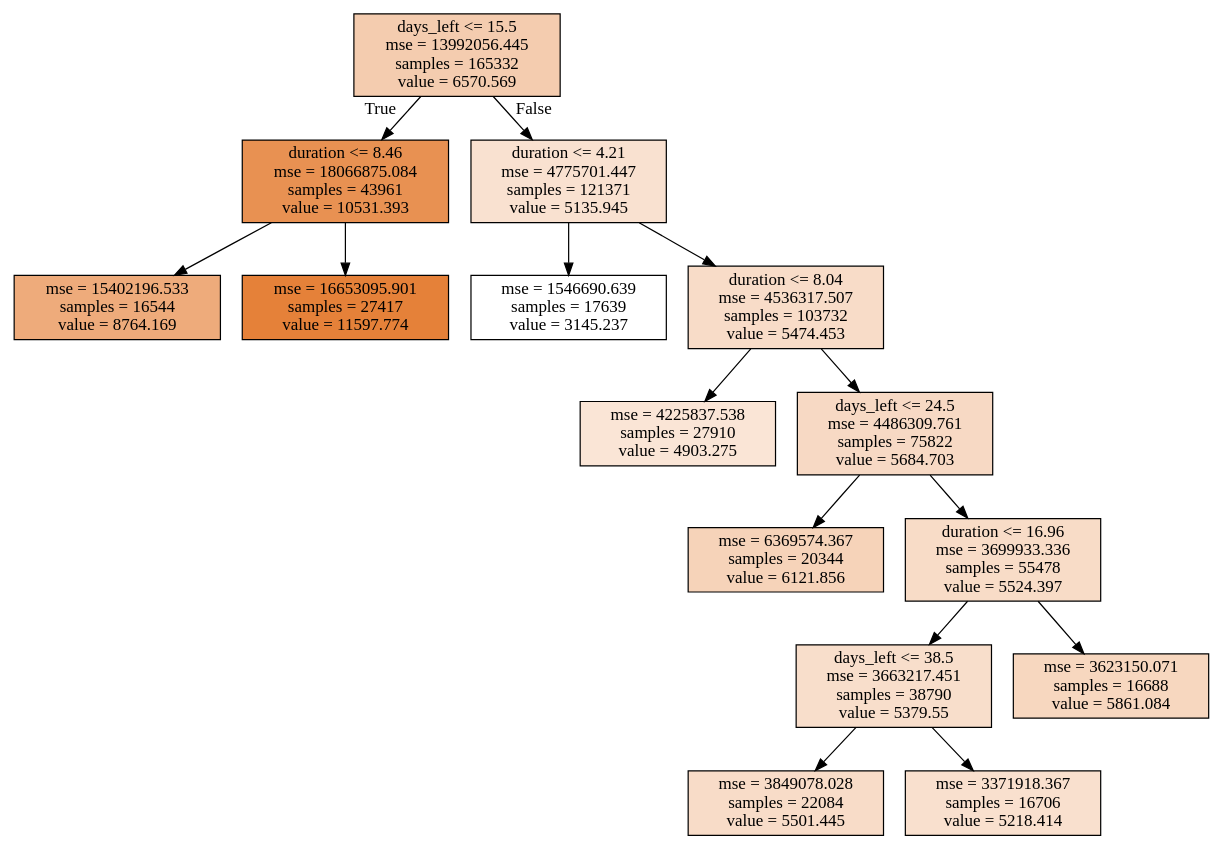
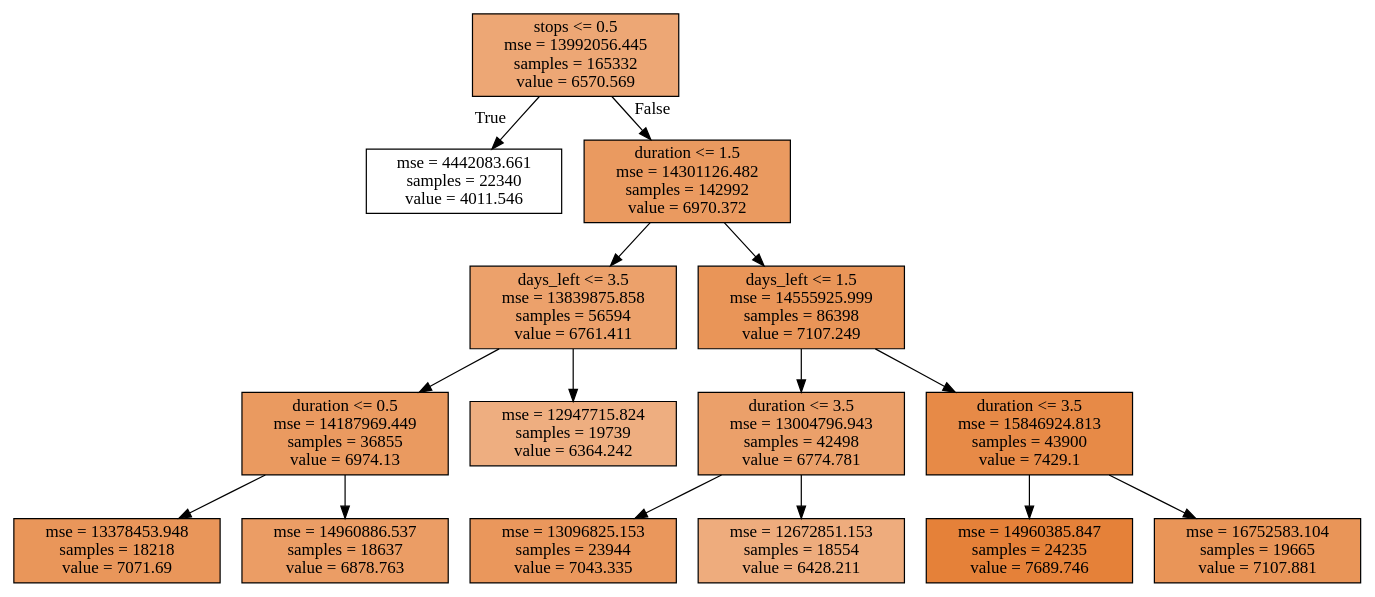
One commit to ShumelSiraj/Airline-Tickets-Predictions changed the diagram in Regression_Tree_Econ.dot. Above: the diagram before and after it, drawn with Graphviz.

```diff
--- a/Regression_Tree_Econ.dot
+++ b/Regression_Tree_Econ.dot
@@ -1,32 +1,32 @@
 digraph Tree {
 node [shape=box, style="filled", color="black"] ;
-0 [label="days_left <= 15.5\nmse = 13992056.445\nsamples = 165332\nvalue = 6570.569", fillcolor="#f4ccaf"] ;
-1 [label="duration <= 8.46\nmse = 18066875.084\nsamples = 43961\nvalue = 10531.393", fillcolor="#e89152"] ;
+0 [label="stops <= 0.5\nmse = 13992056.445\nsamples = 165332\nvalue = 6570.569", fillcolor="#eda775"] ;
+1 [label="mse = 4442083.661\nsamples = 22340\nvalue = 4011.546", fillcolor="#ffffff"] ;
 0 -> 1 [labeldistance=2.5, labelangle=45, headlabel="True"] ;
-2 [label="mse = 15402196.533\nsamples = 16544\nvalue = 8764.169", fillcolor="#eeab7b"] ;
-1 -> 2 ;
-3 [label="mse = 16653095.901\nsamples = 27417\nvalue = 11597.774", fillcolor="#e58139"] ;
-1 -> 3 ;
-4 [label="duration <= 4.21\nmse = 4775701.447\nsamples = 121371\nvalue = 5135.945", fillcolor="#f9e1d0"] ;
-0 -> 4 [labeldistance=2.5, labelangle=-45, headlabel="False"] ;
-5 [label="mse = 1546690.639\nsamples = 17639\nvalue = 3145.237", fillcolor="#ffffff"] ;
+2 [label="duration <= 1.5\nmse = 14301126.482\nsamples = 142992\nvalue = 6970.372", fillcolor="#ea9a60"] ;
+0 -> 2 [labeldistance=2.5, labelangle=-45, headlabel="False"] ;
+3 [label="days_left <= 3.5\nmse = 13839875.858\nsamples = 56594\nvalue = 6761.411", fillcolor="#eca16b"] ;
+2 -> 3 ;
+4 [label="duration <= 0.5\nmse = 14187969.449\nsamples = 36855\nvalue = 6974.13", fillcolor="#ea9a60"] ;
+3 -> 4 ;
+5 [label="mse = 13378453.948\nsamples = 18218\nvalue = 7071.69", fillcolor="#e9965a"] ;
 4 -> 5 ;
-6 [label="duration <= 8.04\nmse = 4536317.507\nsamples = 103732\nvalue = 5474.453", fillcolor="#f8dcc8"] ;
+6 [label="mse = 14960886.537\nsamples = 18637\nvalue = 6878.763", fillcolor="#eb9d65"] ;
 4 -> 6 ;
-7 [label="mse = 4225837.538\nsamples = 27910\nvalue = 4903.275", fillcolor="#fae5d6"] ;
-6 -> 7 ;
-8 [label="days_left <= 24.5\nmse = 4486309.761\nsamples = 75822\nvalue = 5684.703", fillcolor="#f7d9c4"] ;
-6 -> 8 ;
-9 [label="mse = 6369574.367\nsamples = 20344\nvalue = 6121.856", fillcolor="#f6d3b9"] ;
+7 [label="mse = 12947715.824\nsamples = 19739\nvalue = 6364.242", fillcolor="#eeae80"] ;
+3 -> 7 ;
+8 [label="days_left <= 1.5\nmse = 14555925.999\nsamples = 86398\nvalue = 7107.249", fillcolor="#e99558"] ;
+2 -> 8 ;
+9 [label="duration <= 3.5\nmse = 13004796.943\nsamples = 42498\nvalue = 6774.781", fillcolor="#eba06a"] ;
 8 -> 9 ;
-10 [label="duration <= 16.96\nmse = 3699933.336\nsamples = 55478\nvalue = 5524.397", fillcolor="#f8dcc7"] ;
-8 -> 10 ;
-11 [label="days_left <= 38.5\nmse = 3663217.451\nsamples = 38790\nvalue = 5379.55", fillcolor="#f8decb"] ;
-10 -> 11 ;
-12 [label="mse = 3849078.028\nsamples = 22084\nvalue = 5501.445", fillcolor="#f8dcc8"] ;
-11 -> 12 ;
-13 [label="mse = 3371918.367\nsamples = 16706\nvalue = 5218.414", fillcolor="#f9e0ce"] ;
-11 -> 13 ;
-14 [label="mse = 3623150.071\nsamples = 16688\nvalue = 5861.084", fillcolor="#f7d7bf"] ;
-10 -> 14 ;
+10 [label="mse = 13096825.153\nsamples = 23944\nvalue = 7043.335", fillcolor="#ea975c"] ;
+9 -> 10 ;
+11 [label="mse = 12672851.153\nsamples = 18554\nvalue = 6428.211", fillcolor="#eeac7d"] ;
+9 -> 11 ;
+12 [label="duration <= 3.5\nmse = 15846924.813\nsamples = 43900\nvalue = 7429.1", fillcolor="#e78a47"] ;
+8 -> 12 ;
+13 [label="mse = 14960385.847\nsamples = 24235\nvalue = 7689.746", fillcolor="#e58139"] ;
+12 -> 13 ;
+14 [label="mse = 16752583.104\nsamples = 19665\nvalue = 7107.881", fillcolor="#e99558"] ;
+12 -> 14 ;
 }
```
